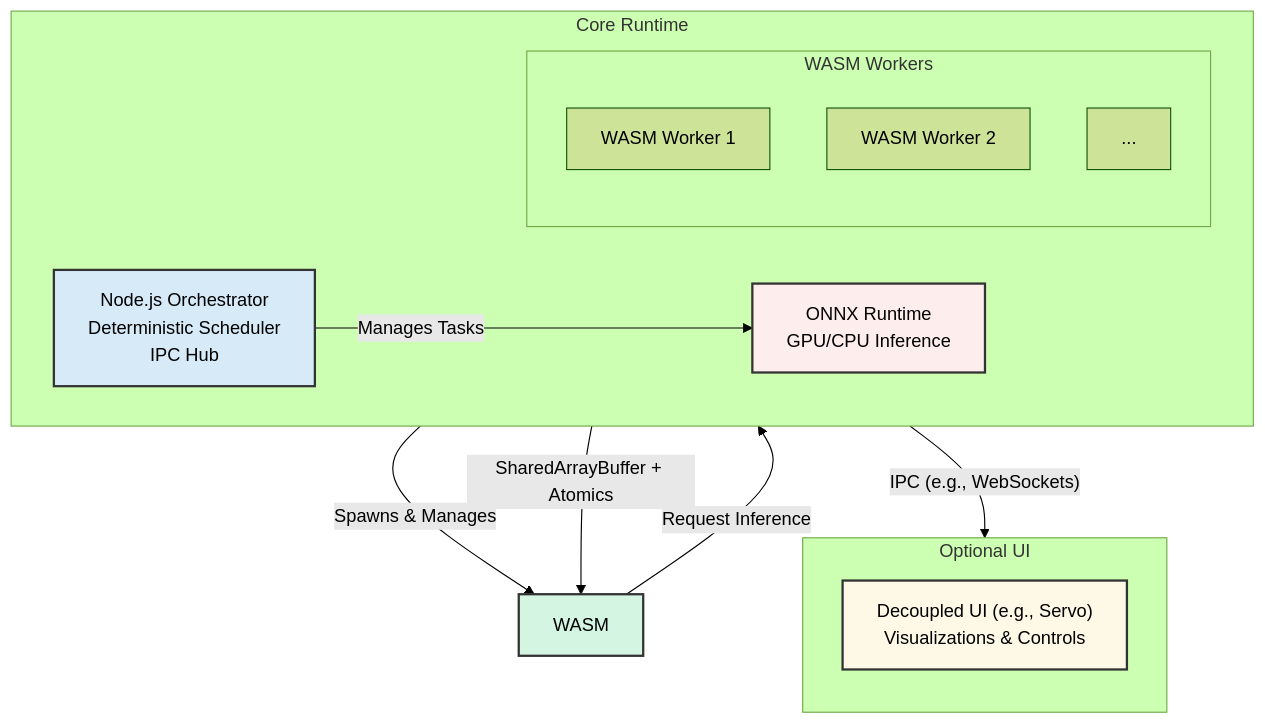
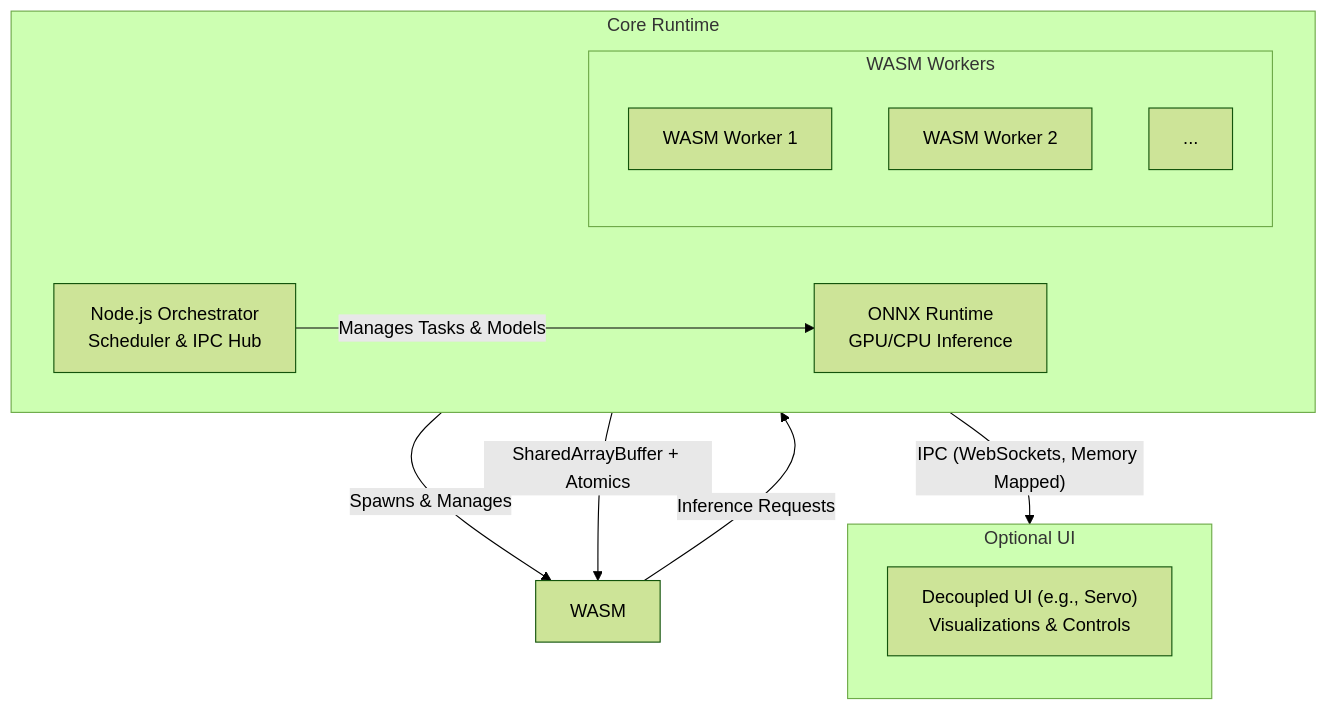
The diagram in docs/architecture/design/ADD-wasm-engine.md (Chen-Software/wasm-engine), drawn with Mermaid (forest theme) before and after one commit. The commit also changed other lines of this file, not shown here.

````diff
--- a/docs/architecture/design/ADD-wasm-engine.md
+++ b/docs/architecture/design/ADD-wasm-engine.md
@@ -71,32 +77,25 @@
 ```mermaid
 graph TD
     subgraph Core Runtime
         direction LR
-        Orchestrator["Node.js Orchestrator<br>Deterministic Scheduler<br>IPC Hub"]
+        Orchestrator["Node.js Orchestrator<br>Scheduler & IPC Hub"]
         subgraph WASM Workers
             direction TB
             W1["WASM Worker 1"]
             W2["WASM Worker 2"]
-            W3["..."]
+            Wn["..."]
         end
         ONNX["ONNX Runtime<br>GPU/CPU Inference"]
     end
 
     subgraph Optional UI
         direction TB
         UI["Decoupled UI (e.g., Servo)<br>Visualizations & Controls"]
     end
 
-    %% Connections
     Orchestrator -- "Spawns & Manages" --> WASM
-    Orchestrator -- "Manages Tasks" --> ONNX
+    Orchestrator -- "Manages Tasks & Models" --> ONNX
     Orchestrator -- "SharedArrayBuffer + Atomics" --> WASM
-    WASM -- "Request Inference" --> Orchestrator
-    Orchestrator -- "IPC (e.g., WebSockets)" --> UI
-
-    %% Styling
-    style Orchestrator fill:#D6EAF8,stroke:#333,stroke-width:2px
-    style WASM fill:#D5F5E3,stroke:#333,stroke-width:2px
-    style ONNX fill:#FDEDEC,stroke:#333,stroke-width:2px
-    style UI fill:#FEF9E7,stroke:#333,stroke-width:2px
+    WASM -- "Inference Requests" --> Orchestrator
+    Orchestrator -- "IPC (WebSockets, Memory Mapped)" --> UI
 ```
````
